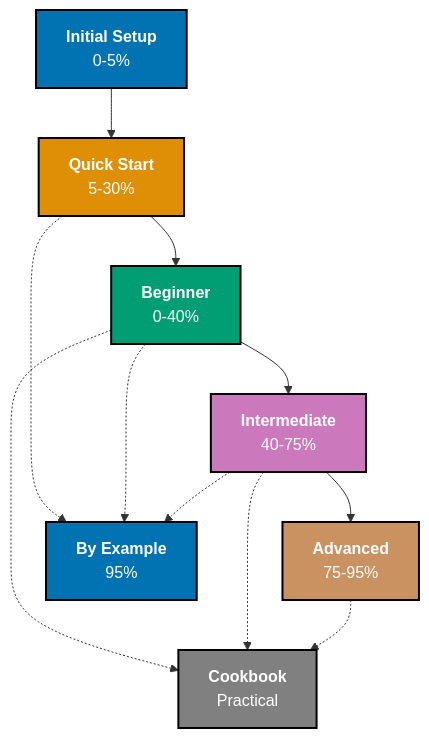
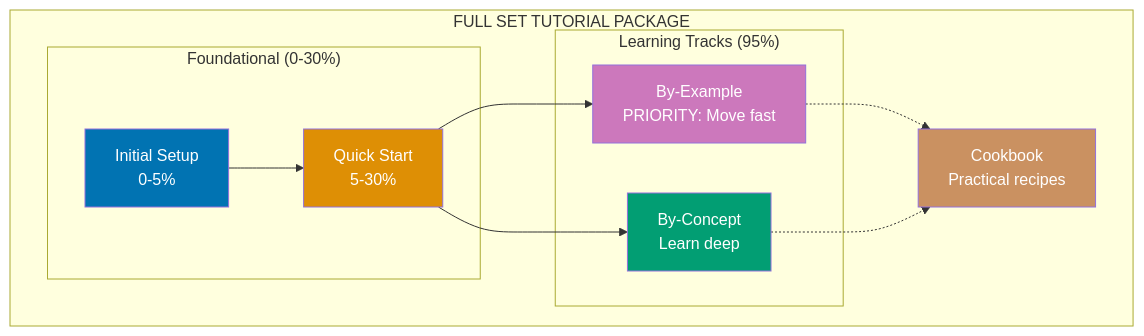
One commit to wahidyankf/open-sharia-enterprise changed the first of 2 diagrams in governance/conventions/tutorial/naming.md. Above: the diagram before and after it, drawn with Mermaid. The commit also changed other lines of this file and 6 other files, not shown here.

````diff
--- a/governance/conventions/tutorial/naming.md
+++ b/governance/conventions/tutorial/naming.md
@@ -59,32 +59,29 @@
 ```mermaid
-%% Color palette: Blue #0173B2, Orange #DE8F05, Teal #029E73, Purple #CC78BC, Brown #CA9161
+%% Full Set Tutorial Package Architecture
 graph TB
- A["<b>Initial Setup</b><br/>0-5%"]
- B["<b>Quick Start</b><br/>5-30%"]
- C["<b>Beginner</b><br/>0-40%"]
- D["<b>Intermediate</b><br/>40-75%"]
- E["<b>Advanced</b><br/>75-95%"]
- F["<b>Cookbook</b><br/>Practical"]
- G["<b>By Example</b><br/>95%"]
+    subgraph "FULL SET TUTORIAL PACKAGE"
+        subgraph "Foundational (0-30%)"
+            A["Initial Setup<br/>0-5%"]
+            B["Quick Start<br/>5-30%"]
+        end
 
- A --> B
- B --> C
- C --> D
- D --> E
+        subgraph "Learning Tracks (95%)"
+            D["By-Example<br/>PRIORITY: Move fast"]
+            C["By-Concept<br/>Learn deep"]
+        end
 
- C -.-> F
- D -.-> F
- E -.-> F
+        E["Cookbook<br/>Practical recipes"]
+    end
 
- B -.-> G
- C -.-> G
- D -.-> G
+    A --> B
+    B --> D
+    B --> C
+    D -.-> E
+    C -.-> E
 
- style A fill:#0173B2,stroke:#000000,color:#FFFFFF,stroke-width:2px
- style B fill:#DE8F05,stroke:#000000,color:#FFFFFF,stroke-width:2px
- style C fill:#029E73,stroke:#000000,color:#FFFFFF,stroke-width:2px
- style D fill:#CC78BC,stroke:#000000,color:#FFFFFF,stroke-width:2px
- style E fill:#CA9161,stroke:#000000,color:#FFFFFF,stroke-width:2px
- style F fill:#808080,stroke:#000000,color:#FFFFFF,stroke-width:2px
- style G fill:#0173B2,stroke:#000000,color:#FFFFFF,stroke-width:2px
+    style A fill:#0173B2,color:#fff
+    style B fill:#DE8F05,color:#fff
+    style D fill:#CC78BC,color:#fff
+    style C fill:#029E73,color:#fff
+    style E fill:#CA9161,color:#fff
 ```
````
